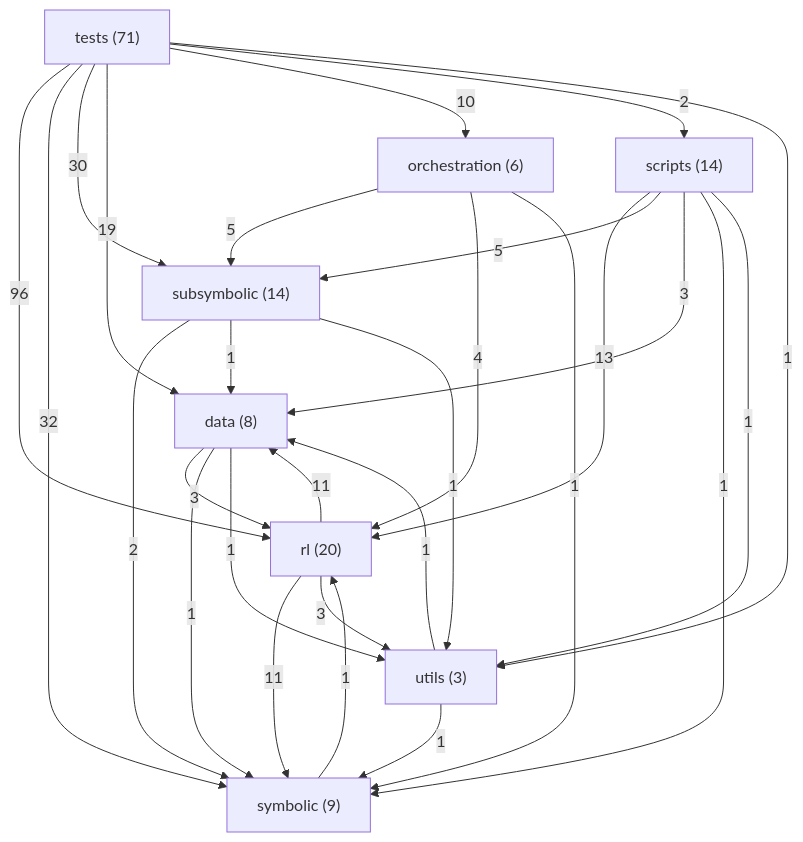
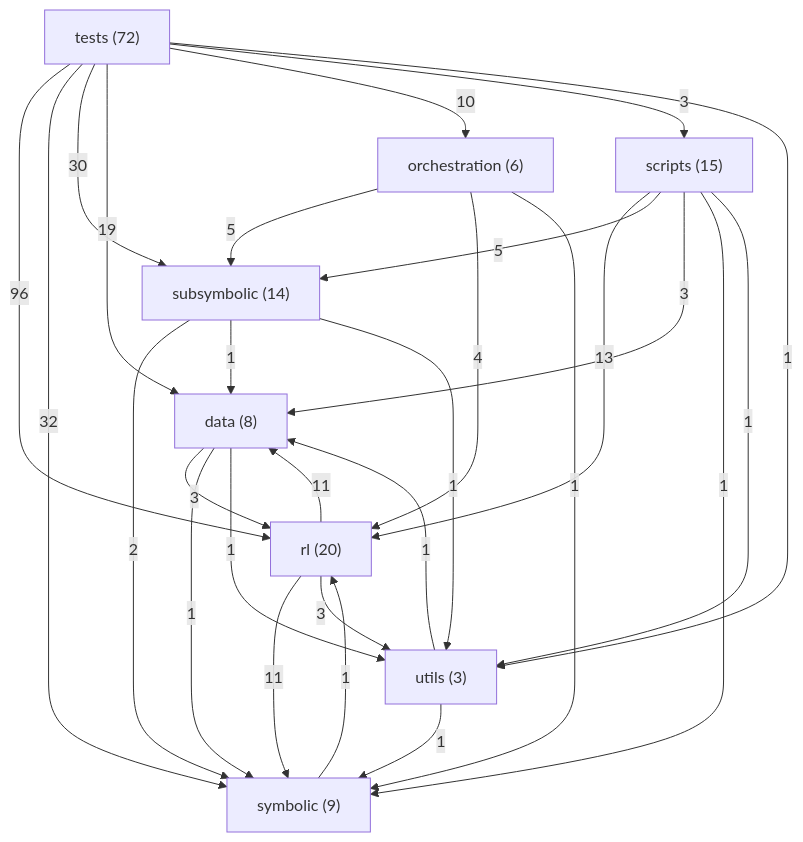
One commit to danrd/ARC-AGI changed the diagram in ARCHITECTURE.md. Above: the diagram before and after it, drawn with Mermaid. The commit also changed other lines of this file and 1 other file, not shown here.

Commit message:
Update the module map; drop the OpenRouter replies of the prompt tests
The prompt tests are to run on the models themselves, not on hosted ones.

Claude-Session: https://claude.ai/code/session_01AxUKUd9JPHao7rQPt3sTcu

````diff
--- a/ARCHITECTURE.md
+++ b/ARCHITECTURE.md
@@ -173,38 +173,38 @@
 ```mermaid
 graph TD
   data["data (8)"]
   orchestration["orchestration (6)"]
   rl["rl (20)"]
-  scripts["scripts (14)"]
+  scripts["scripts (15)"]
   subsymbolic["subsymbolic (14)"]
   symbolic["symbolic (9)"]
-  tests["tests (71)"]
+  tests["tests (72)"]
   utils["utils (3)"]
   tests -->|96| rl
   tests -->|32| symbolic
   tests -->|30| subsymbolic
   tests -->|19| data
   scripts -->|13| rl
   rl -->|11| data
   rl -->|11| symbolic
   tests -->|10| orchestration
   orchestration -->|5| subsymbolic
   scripts -->|5| subsymbolic
   orchestration -->|4| rl
   data -->|3| rl
   rl -->|3| utils
   scripts -->|3| data
+  tests -->|3| scripts
   subsymbolic -->|2| symbolic
-  tests -->|2| scripts
   data -->|1| symbolic
   data -->|1| utils
   orchestration -->|1| symbolic
   scripts -->|1| symbolic
   scripts -->|1| utils
   subsymbolic -->|1| data
   subsymbolic -->|1| utils
   symbolic -->|1| rl
   tests -->|1| utils
   utils -->|1| data
   utils -->|1| symbolic
 ```
````
